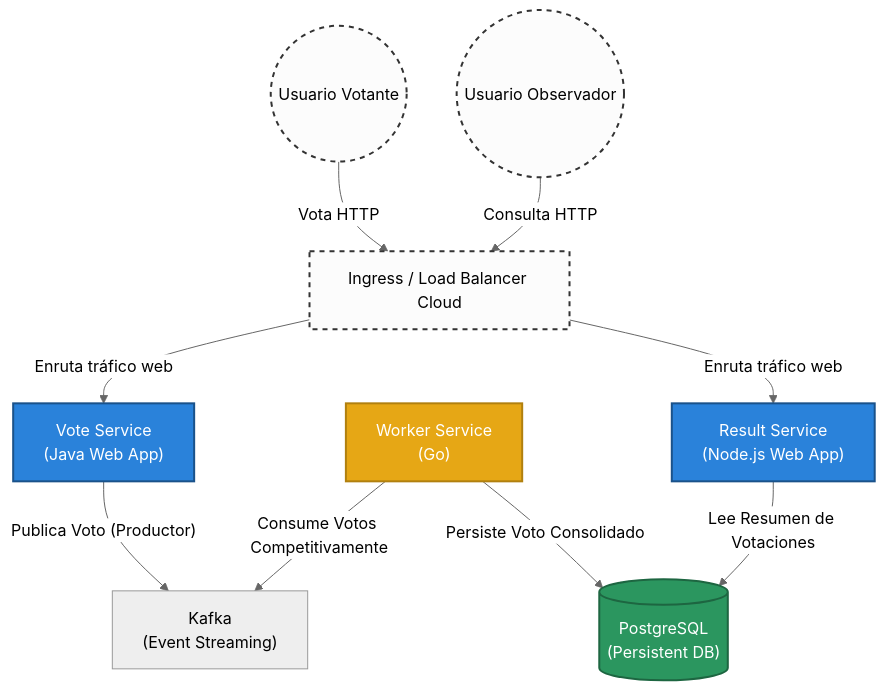
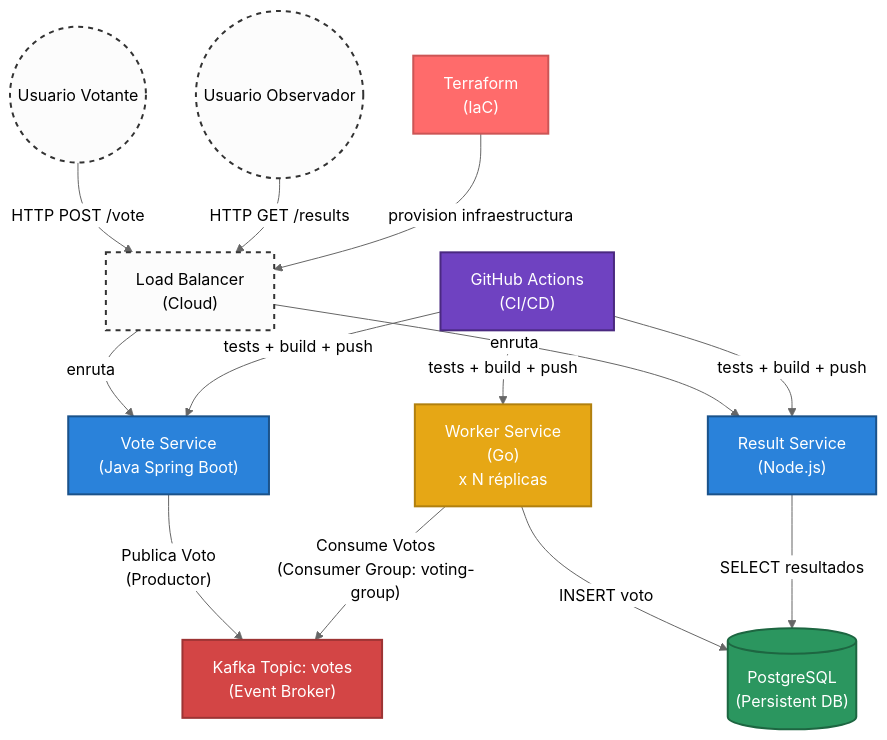
The diagram in Taller1.md (Ingesoft-V/microservices-demo), drawn with Mermaid (neutral theme) before and after one commit. The commit also changed other lines of this file, not shown here.

Commit message:
feat: update patterns and architecture - replace Redis with Kafka
- Change Competing Consumers pattern explanation: Redis → Kafka with consumer groups
- Use msg.Key for votant ID identification (guarantees 1 vote per person)
- Improve Pub/Sub pattern explanation with Kafka topic details
- Update mermaid diagram: add Kafka broker, GitHub Actions, Terraform
- Fix architecture explanation: align with actual Kafka implementation
- Add CI/CD and IaC nodes to architecture diagram

````diff
--- a/Taller1.md
+++ b/Taller1.md
@@ -63,36 +70,42 @@
 ```mermaid
 graph TD
-    %% Estilos de los nodos
     classDef frontend fill:#2a82da,stroke:#1a528a,stroke-width:2px,color:#fff
     classDef worker fill:#e6a715,stroke:#b1800f,stroke-width:2px,color:#fff
-    classDef inmemory fill:#d34545,stroke:#9d3434,stroke-width:2px,color:#fff
+    classDef broker fill:#d34545,stroke:#9d3434,stroke-width:2px,color:#fff
     classDef db fill:#2b965f,stroke:#1d6641,stroke-width:2px,color:#fff
     classDef external fill:#fcfcfc,stroke:#333,stroke-width:2px,stroke-dasharray: 5 5
+    classDef ci fill:#6f42c1,stroke:#4a2980,stroke-width:2px,color:#fff
+    classDef infra fill:#ff6b6b,stroke:#cc5555,stroke-width:2px,color:#fff
 
-    %% Actores Externos y Punto de Entrada
     Votante((Usuario Votante)):::external
     Observador((Usuario Observador)):::external
-    Ingress[Ingress / Load Balancer Cloud]:::external
 
-    %% Microservicios
-    vote["Vote Service<br/>(Java Web App)"]:::frontend
-    result["Result Service<br/>(Node.js Web App)"]:::frontend
-    worker["Worker Service<br/>(Go)"]:::worker
+    Ingress["Load Balancer\n(Cloud)"]:::external
 
-    %% Bases de Datos / Almacenamiento
-    kafka["Kafka<br/>(Event Streaming)"]:::broker
-    postgres[("PostgreSQL<br/>(Persistent DB)")]:::db
+    Vote["Vote Service\n(Java Spring Boot)"]:::frontend
+    Result["Result Service\n(Node.js)"]:::frontend
+    Worker["Worker Service\n(Go)\nx N réplicas"]:::worker
 
-    %% Relaciones / Flujo de datos
-    Votante -->|"Vota HTTP"| Ingress
-    Observador -->|"Consulta HTTP"| Ingress
-    
-    Ingress -->|"Enruta tráfico web"| vote
-    Ingress -->|"Enruta tráfico web"| result
-    
-    vote -->|"Publica Voto (Productor)"| kafka
-    worker -- "Consume Votos Competitivamente" --> kafka
-    
-    worker -->|"Persiste Voto Consolidado"| postgres
-    result -->|"Lee Resumen de Votaciones"| postgres
+    Kafka["Kafka Topic: votes\n(Event Broker)"]:::broker
+    Postgres[("PostgreSQL\n(Persistent DB)")]:::db
+
+    GitHub["GitHub Actions\n(CI/CD)"]:::ci
+    Terraform["Terraform\n(IaC)"]:::infra
+
+    Votante -->|"HTTP POST /vote"| Ingress
+    Observador -->|"HTTP GET /results"| Ingress
+
+    Ingress -->|"enruta"| Vote
+    Ingress -->|"enruta"| Result
+
+    Vote -->|"Publica Voto\n(Productor)"| Kafka
+    Worker -->|"Consume Votos\n(Consumer Group: voting-group)"| Kafka
+
+    Worker -->|"INSERT voto"| Postgres
+    Result -->|"SELECT resultados"| Postgres
+
+    GitHub -->|"tests + build + push"| Vote
+    GitHub -->|"tests + build + push"| Worker
+    GitHub -->|"tests + build + push"| Result
+    Terraform -->|"provision infraestructura"| Ingress
 ```
````
